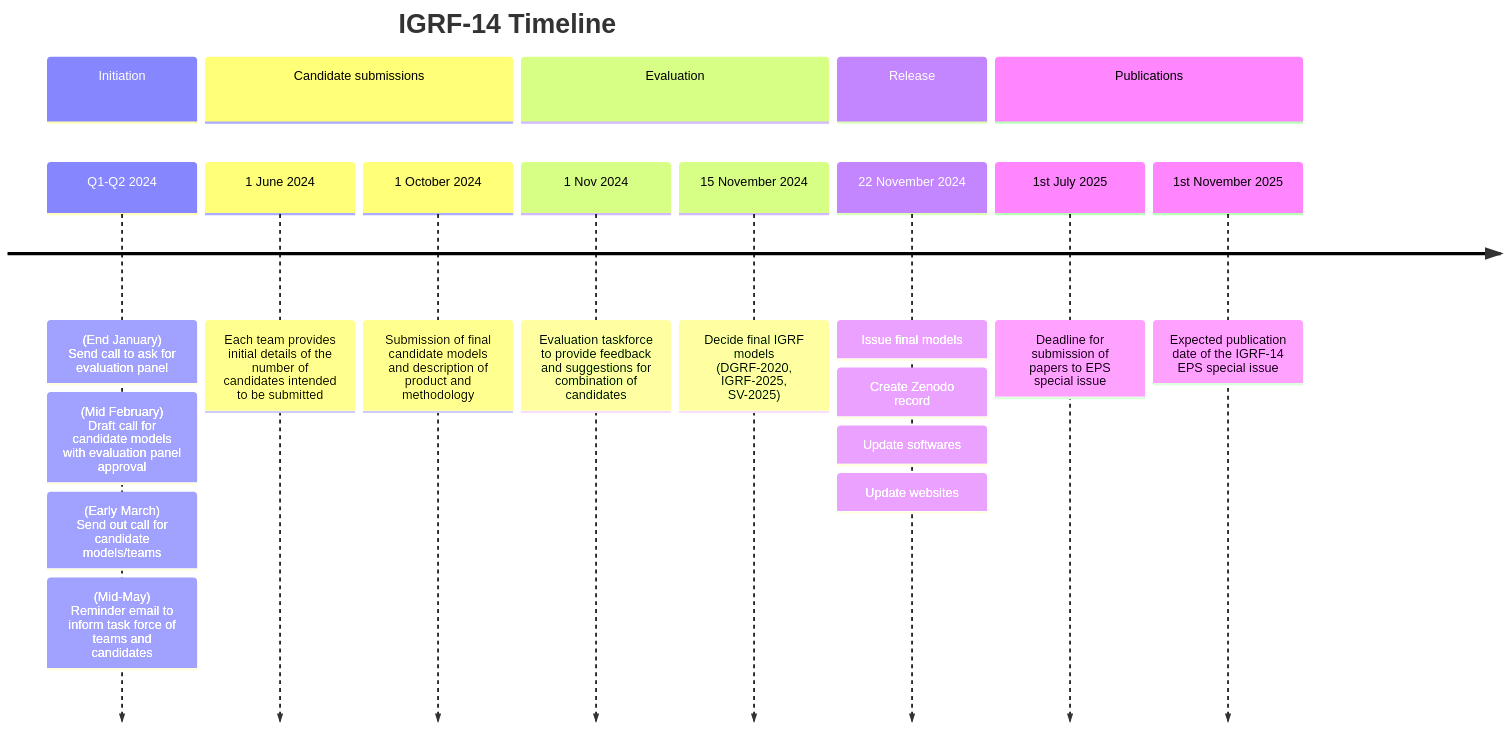
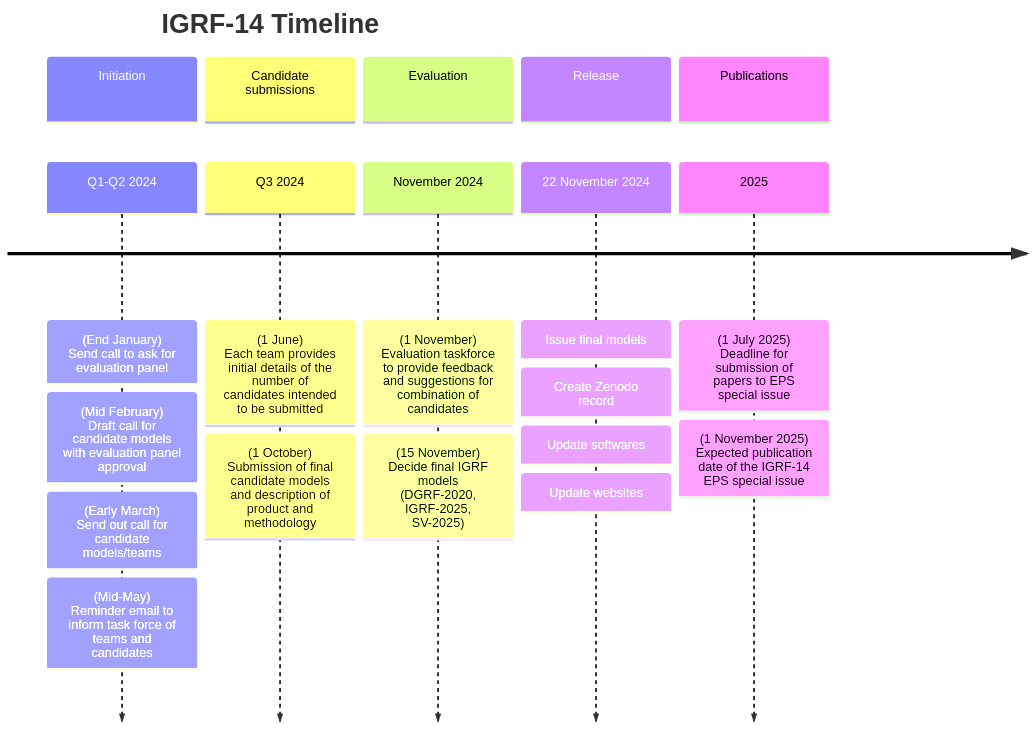
The diagram in profile/README.md (IAGA-VMOD/.github), drawn with Mermaid before and after one commit.

Commit message:
tidy timeline

````diff
--- a/profile/README.md
+++ b/profile/README.md
@@ -17,26 +17,29 @@
 ```mermaid
 timeline
     title IGRF-14 Timeline
 
     section Initiation
     Q1-Q2 2024:
     (End January)<br>Send call to ask for evaluation panel:
     (Mid February)<br>Draft call for candidate models with evaluation panel approval:
     (Early March)<br>Send out call for candidate models/teams:
     (Mid-May)<br>Reminder email to inform task force of teams and candidates
 
     section Candidate submissions
-    1 June 2024: Each team provides initial details of the number of candidates intended to be submitted
-    1 October 2024: Submission of final candidate models and description of product and methodology
+    Q3 2024:
+    (1 June)<br>Each team provides initial details of the number of candidates intended to be submitted:
+    (1 October)<br>Submission of final candidate models and description of product and methodology
 
     section Evaluation
-    1 Nov 2024: Evaluation taskforce to provide feedback and suggestions for combination of candidates
-    15 November 2024: Decide final IGRF models (DGRF-2020, IGRF-2025, SV-2025)
+    November 2024:
+    (1 November)<br>Evaluation taskforce to provide feedback and suggestions for combination of candidates:
+    (15 November)<br>Decide final IGRF models (DGRF-2020, IGRF-2025, SV-2025)
 
     section Release
     22 November 2024: Issue final models: Create Zenodo record: Update softwares: Update websites
 
     section Publications
-    1st July 2025: Deadline for submission of papers to EPS special issue
-    1st November 2025: Expected publication date of the IGRF-14 EPS special issue
+    2025:
+    (1 July 2025)<br>Deadline for submission of papers to EPS special issue:
+    (1 November 2025)<br>Expected publication date of the IGRF-14 EPS special issue
 ```
````
